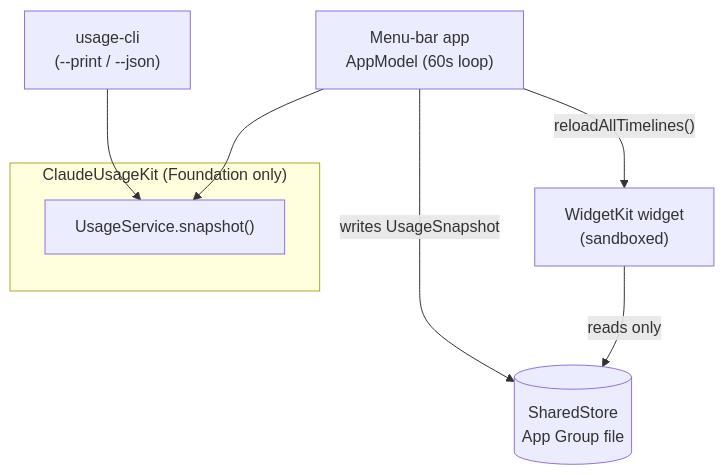
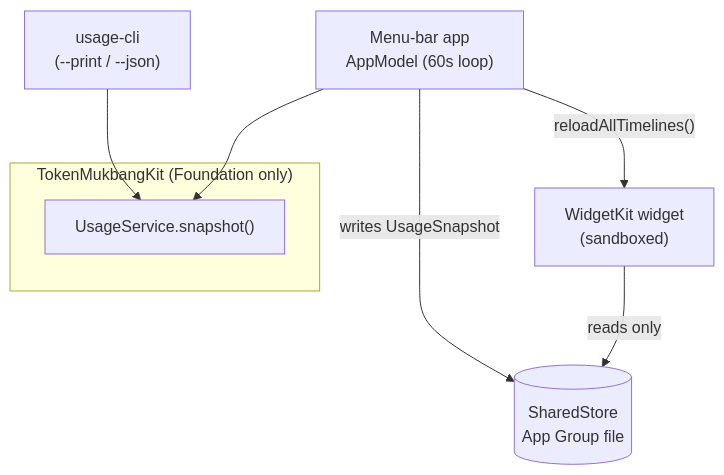
Before and after one commit to 94wogus/TokenMukbang: the first of 3 diagrams in ARCHITECTURE.md, drawn with Mermaid. The commit also changed other lines of this file and 130 other files, not shown here.

First line of the commit message:
feat(ui): 진짜 glass 팝오버(커스텀 NSPanel) + TokenMukbang 전면 리네임 (ADR-0018, ADR-0010 §0)

````diff
--- a/ARCHITECTURE.md
+++ b/ARCHITECTURE.md
@@ -34,11 +34,11 @@
 ```mermaid
 flowchart TB
-    subgraph kit["ClaudeUsageKit (Foundation only)"]
+    subgraph kit["TokenMukbangKit (Foundation only)"]
         US["UsageService.snapshot()"]
     end
     CLI["usage-cli<br/>(--print / --json)"] --> US
     APP["Menu-bar app<br/>AppModel (60s loop)"] --> US
     APP -- "writes UsageSnapshot" --> STORE[("SharedStore<br/>App Group file")]
     WIDGET["WidgetKit widget<br/>(sandboxed)"] -- "reads only" --> STORE
     APP -- "reloadAllTimelines()" --> WIDGET
 ```
````
